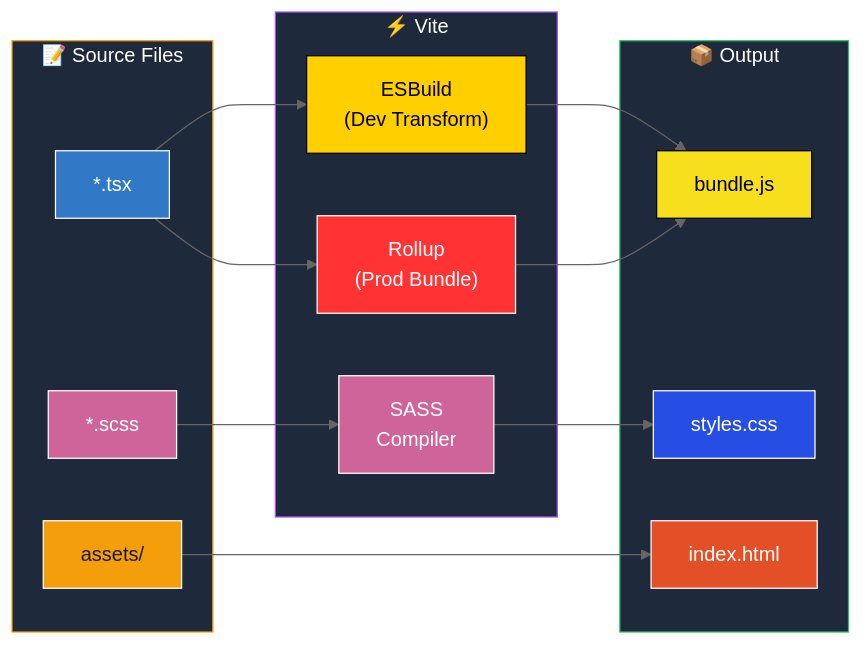
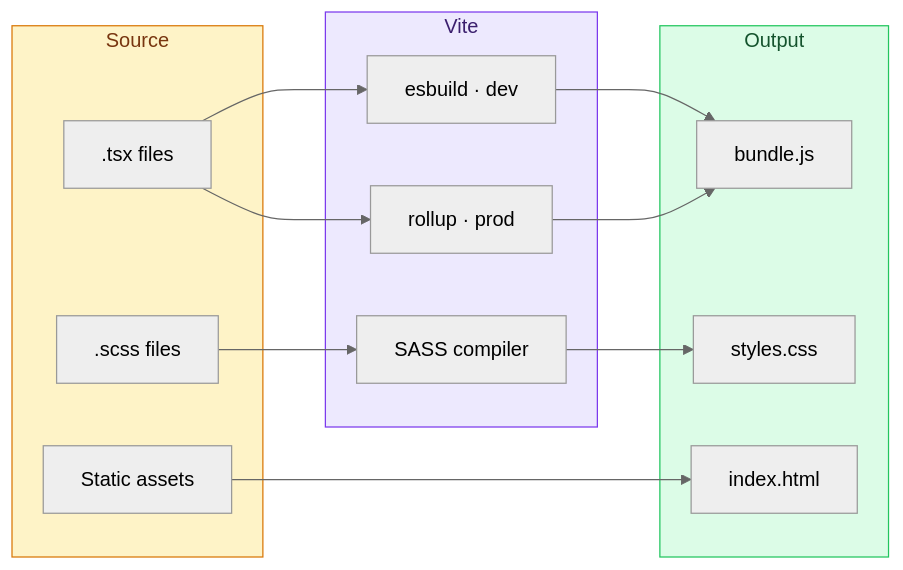
One commit to Univers42/transcendance changed the third of 13 diagrams in CONTRIBUTING.md. Above: the diagram before and after it, drawn with Mermaid (neutral theme). The commit also changed other lines of this file, not shown here.

````diff
--- a/CONTRIBUTING.md
+++ b/CONTRIBUTING.md
@@ -279,41 +237,29 @@
 ```mermaid
-flowchart LR
-    subgraph Source["📝 Source Files"]
-        TSX["*.tsx"]
-        SCSS["*.scss"]
-        Assets["assets/"]
-    end
-    
-    subgraph Vite["⚡ Vite"]
-        ESBuild["ESBuild\n(Dev Transform)"]
-        Rollup["Rollup\n(Prod Bundle)"]
-        SASS["SASS\nCompiler"]
-    end
-    
-    subgraph Output["📦 Output"]
-        JS["bundle.js"]
-        CSS["styles.css"]
-        HTML["index.html"]
+graph LR
+    subgraph SRC["Source"]
+        tsx[".tsx files"]
+        scss[".scss files"]
+        assets["Static assets"]
     end
 
-    TSX --> ESBuild
-    TSX --> Rollup
-    SCSS --> SASS
-    SASS --> CSS
-    ESBuild --> JS
-    Rollup --> JS
-    Assets --> HTML
+    subgraph VITE["Vite"]
+        esbuild["esbuild · dev"]
+        rollup["rollup · prod"]
+        sass["SASS compiler"]
+    end
 
-    style Source fill:#1e293b,stroke:#f59e0b,color:#fff
-    style Vite fill:#1e293b,stroke:#a855f7,color:#fff
-    style Output fill:#1e293b,stroke:#22c55e,color:#fff
-    style TSX fill:#3178c6,stroke:#fff,color:#fff
-    style SCSS fill:#cf649a,stroke:#fff,color:#fff
-    style Assets fill:#f59e0b,stroke:#fff,color:#1a1a2e
-    style ESBuild fill:#ffcf00,stroke:#000,color:#000
-    style Rollup fill:#ff3333,stroke:#fff,color:#fff
-    style SASS fill:#cf649a,stroke:#fff,color:#fff
-    style JS fill:#f7df1e,stroke:#000,color:#000
-    style CSS fill:#264de4,stroke:#fff,color:#fff
-    style HTML fill:#e34f26,stroke:#fff,color:#fff
+    subgraph OUT["Output"]
+        js["bundle.js"]
+        css["styles.css"]
+        html["index.html"]
+    end
+
+    tsx --> esbuild --> js
+    tsx --> rollup --> js
+    scss --> sass --> css
+    assets --> html
+
+    style SRC fill:#fef3c7,stroke:#d97706,color:#78350f
+    style VITE fill:#ede9fe,stroke:#7c3aed,color:#3b1f6e
+    style OUT fill:#dcfce7,stroke:#22c55e,color:#14532d
 ```
````
